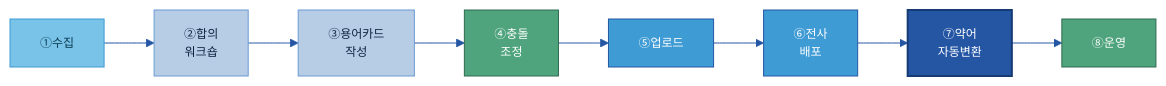
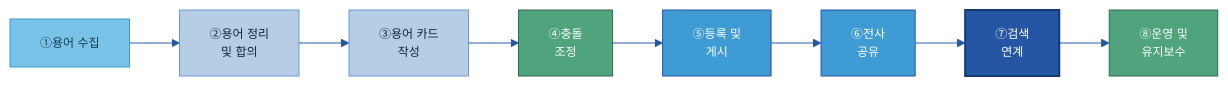
Before and after one commit to jin-kearney/ai-ready-data-manual: the second of 4 diagrams in 가이드 작성/A-3 비즈니스 Glossary/A-3 비즈니스 Glossary.md, drawn with Mermaid. The commit also changed other lines of this file, not shown here.

First line of the commit message:
docs(A-3): 고객 피드백(작업노트 0625 Baul) 반영 — 용어·소제목 통일, §3 구조 정리, 다이어그램↔표 단계명 일치

````diff
--- a/가이드 작성/A-3 비즈니스 Glossary/A-3 비즈니스 Glossary.md
+++ b/가이드 작성/A-3 비즈니스 Glossary/A-3 비즈니스 Glossary.md
@@ -288,10 +276,10 @@
 ```mermaid
 %%{init: {'theme':'base','themeVariables':{'primaryColor':'#DCE8F5','primaryBorderColor':'#2456A4','primaryTextColor':'#10243f','lineColor':'#2456A4','clusterBkg':'#EEF4FB','clusterBorder':'#6B9AD1','fontSize':'12px'}}}%%
 flowchart LR
-    S1["①수집"]:::src --> S2["②합의<br/>워크숍"]:::n --> S3["③용어카드<br/>작성"]:::n --> S4["④충돌<br/>조정"]:::loop --> S5["⑤업로드"]:::gate --> S6["⑥전사<br/>배포"]:::gate --> S7["⑦약어<br/>자동변환"]:::cat --> S8["⑧운영"]:::loop
+    S1["①용어 수집"]:::src --> S2["②용어 정리<br/>및 합의"]:::n --> S3["③용어 카드<br/>작성"]:::n --> S4["④충돌<br/>조정"]:::loop --> S5["⑤등록 및<br/>게시"]:::gate --> S6["⑥전사<br/>공유"]:::gate --> S7["⑦검색<br/>연계"]:::cat --> S8["⑧운영 및<br/>유지보수"]:::loop
     classDef n fill:#B7CDE6,stroke:#6B9AD1,color:#10243f;
     classDef src fill:#79C3E8,stroke:#3F9BD4,color:#0b3a52;
     classDef cat fill:#2456A4,color:#fff,stroke:#163a73,stroke-width:2px;
     classDef gate fill:#3F9BD4,stroke:#2456A4,color:#fff;
     classDef loop fill:#4FA47D,stroke:#2f6b50,color:#fff;
 ```
````
